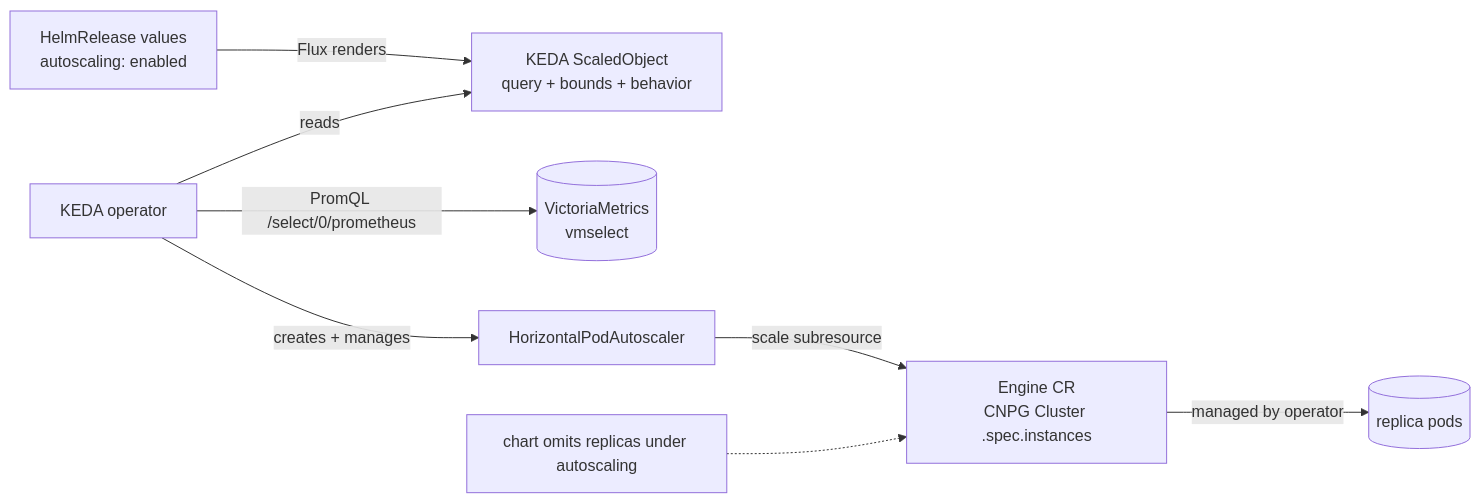
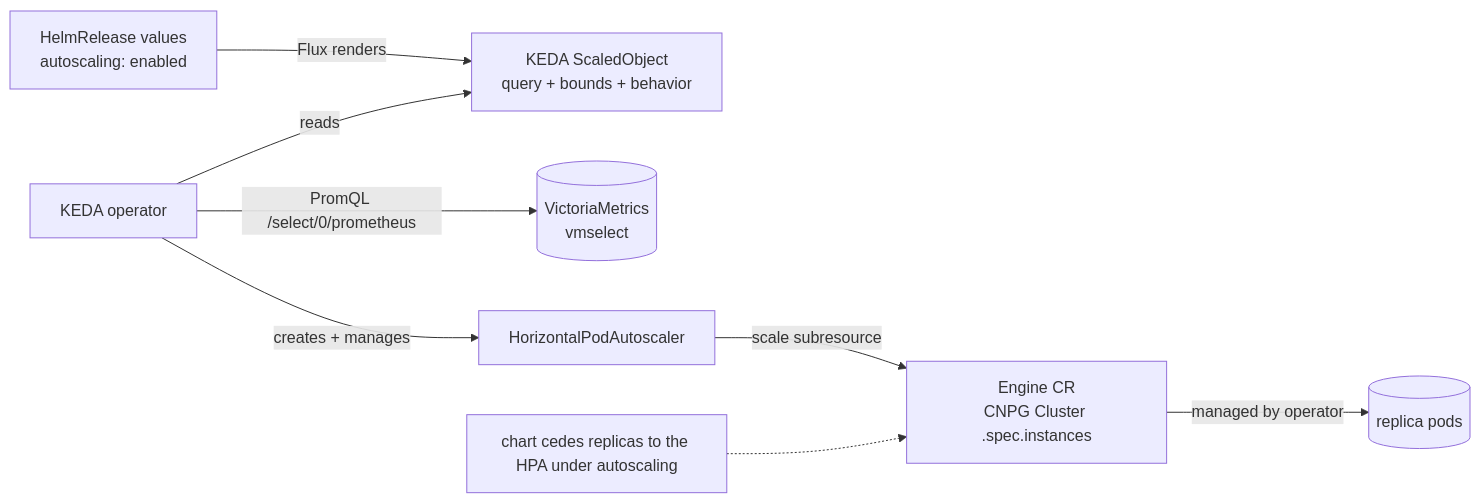
Before and after one commit to cozystack/community: the diagram in design-proposals/database-horizontal-autoscaling/README.md, drawn with Mermaid. The commit also changed other lines of this file and 1 other file, not shown here.

````diff
--- a/design-proposals/database-horizontal-autoscaling/README.md
+++ b/design-proposals/database-horizontal-autoscaling/README.md
@@ -76,10 +76,10 @@
 ```mermaid
 flowchart LR
     HR[HelmRelease values<br/>autoscaling: enabled] -- Flux renders --> SO[KEDA ScaledObject<br/>query + bounds + behavior]
     KEDA[KEDA operator] -- reads --> SO
     KEDA -- PromQL /select/0/prometheus --> VM[(VictoriaMetrics<br/>vmselect)]
     KEDA -- creates + manages --> HPA[HorizontalPodAutoscaler]
     HPA -- scale subresource --> CR[Engine CR<br/>CNPG Cluster .spec.instances]
     CR -- managed by operator --> PODS[(replica pods)]
-    NOTE[chart omits replicas under autoscaling] -.-> CR
+    NOTE[chart cedes replicas to the HPA under autoscaling] -.-> CR
 ```
````
